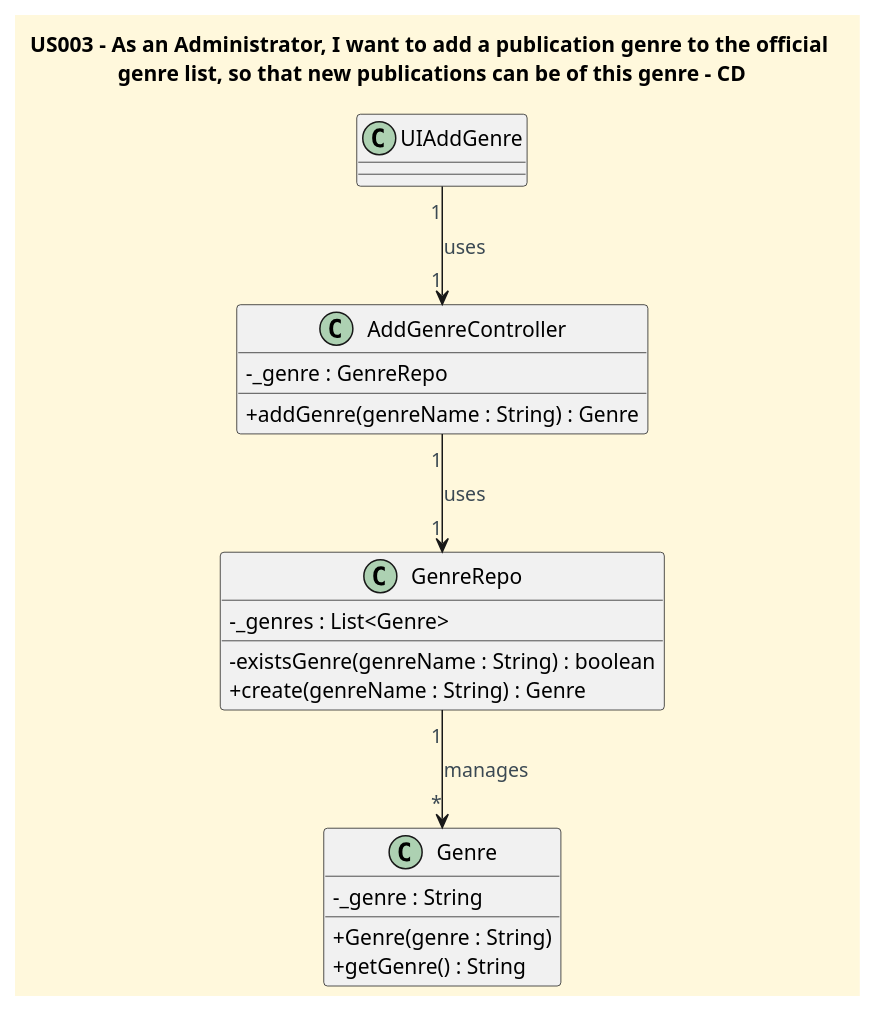
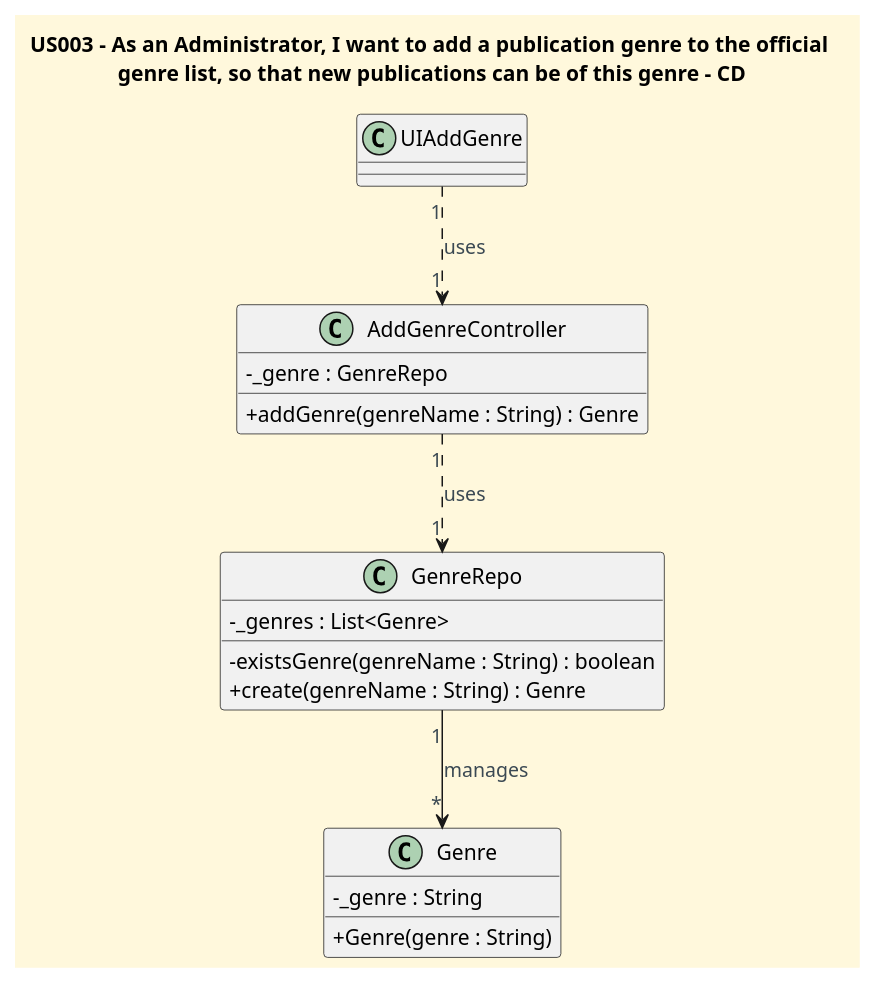
One commit to CarolinaLeite-collab/JavaMarketplacePlatform changed the diagram in docs/userStories/US003/US003_add_genre_CD.puml. Above: the diagram before and after it, drawn with PlantUML.

Commit message:
Refined CD for US003 #146

```diff
--- a/docs/userStories/US003/US003_add_genre_CD.puml
+++ b/docs/userStories/US003/US003_add_genre_CD.puml
@@ -1,43 +1,42 @@
 @startuml
 title "US003 - As an Administrator, I want to add a publication genre to the official \ngenre list, so that new publications can be of this genre - CD"
 
 '==== basic style ====
 skinparam monochrome false
 skinparam shadowing false
 skinparam defaultFontName Futura
 skinparam objectFontSize 20
 skinparam backgroundColor CornSilk
 skinparam objectBackgroundColor WhiteSmoke
 skinparam noteBackgroundColor #FFFFE0
 skinparam ArrowFontColor #3B4953
 skinparam ActivationBackgroundColor black
 skinparam classAttributeIconSize 0
 
 '==== Classes ====
 class UIAddGenre {
 
 }
 
 class AddGenreController {
     - _genre : GenreRepo
     + addGenre(genreName : String) : Genre
 }
 
 class GenreRepo {
     - _genres : List<Genre>
     - existsGenre(genreName : String) : boolean
     + create(genreName : String) : Genre
 }
 
 class Genre {
     - _genre : String
     + Genre(genre : String)
-    + getGenre() : String
 }
 
 '==== Relationships ====
-UIAddGenre "1" --> "1" AddGenreController : uses
-AddGenreController "1" --> "1" GenreRepo : uses
+UIAddGenre "1" ..> "1" AddGenreController : uses
+AddGenreController "1" ..> "1" GenreRepo : uses
 GenreRepo "1" --> "*" Genre : manages
 
 @enduml
```
